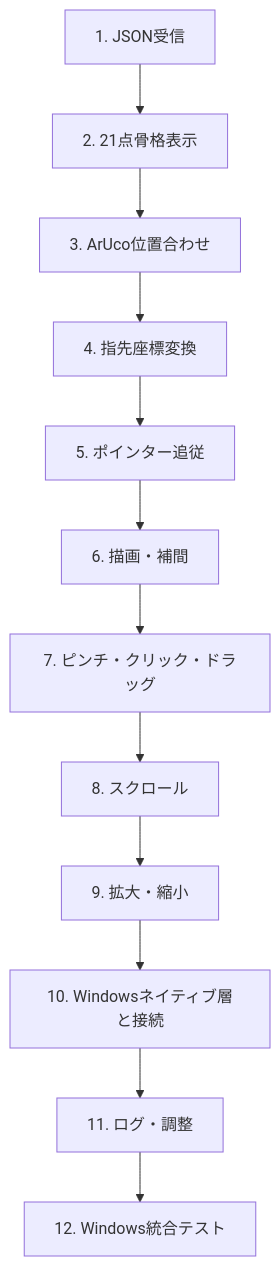
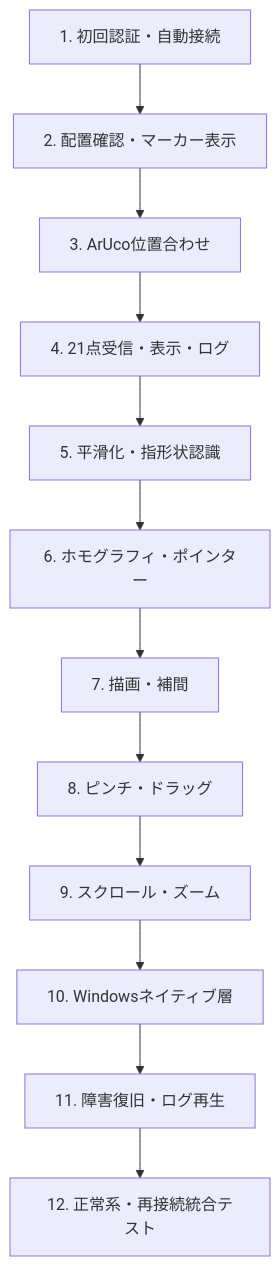
Diagram 25 of 26 in docs/desktop/desktop-app-requirements.md (KIT-DevelopersHub/screact), drawn with Mermaid before and after one commit. The commit also changed other lines of this file and 11 other files, not shown here.

````diff
--- a/docs/desktop/desktop-app-requirements.md
+++ b/docs/desktop/desktop-app-requirements.md
@@ -1255,16 +1287,16 @@
 ```mermaid
 flowchart TB
-    Step1[1. JSON受信]
-    Step2[2. 21点骨格表示]
+    Step1[1. 初回認証・自動接続]
+    Step2[2. 配置確認・マーカー表示]
     Step3[3. ArUco位置合わせ]
-    Step4[4. 指先座標変換]
-    Step5[5. ポインター追従]
-    Step6[6. 描画・補間]
-    Step7[7. ピンチ・クリック・ドラッグ]
-    Step8[8. スクロール]
-    Step9[9. 拡大・縮小]
-    Step10[10. Windowsネイティブ層と接続]
-    Step11[11. ログ・調整]
-    Step12[12. Windows統合テスト]
+    Step4[4. 21点受信・表示・ログ]
+    Step5[5. 平滑化・指形状認識]
+    Step6[6. ホモグラフィ・ポインター]
+    Step7[7. 描画・補間]
+    Step8[8. ピンチ・ドラッグ]
+    Step9[9. スクロール・ズーム]
+    Step10[10. Windowsネイティブ層]
+    Step11[11. 障害復旧・ログ再生]
+    Step12[12. 正常系・再接続統合テスト]
     Step1 --> Step2 --> Step3 --> Step4 --> Step5 --> Step6 --> Step7 --> Step8 --> Step9 --> Step10 --> Step11 --> Step12
 ```
````
